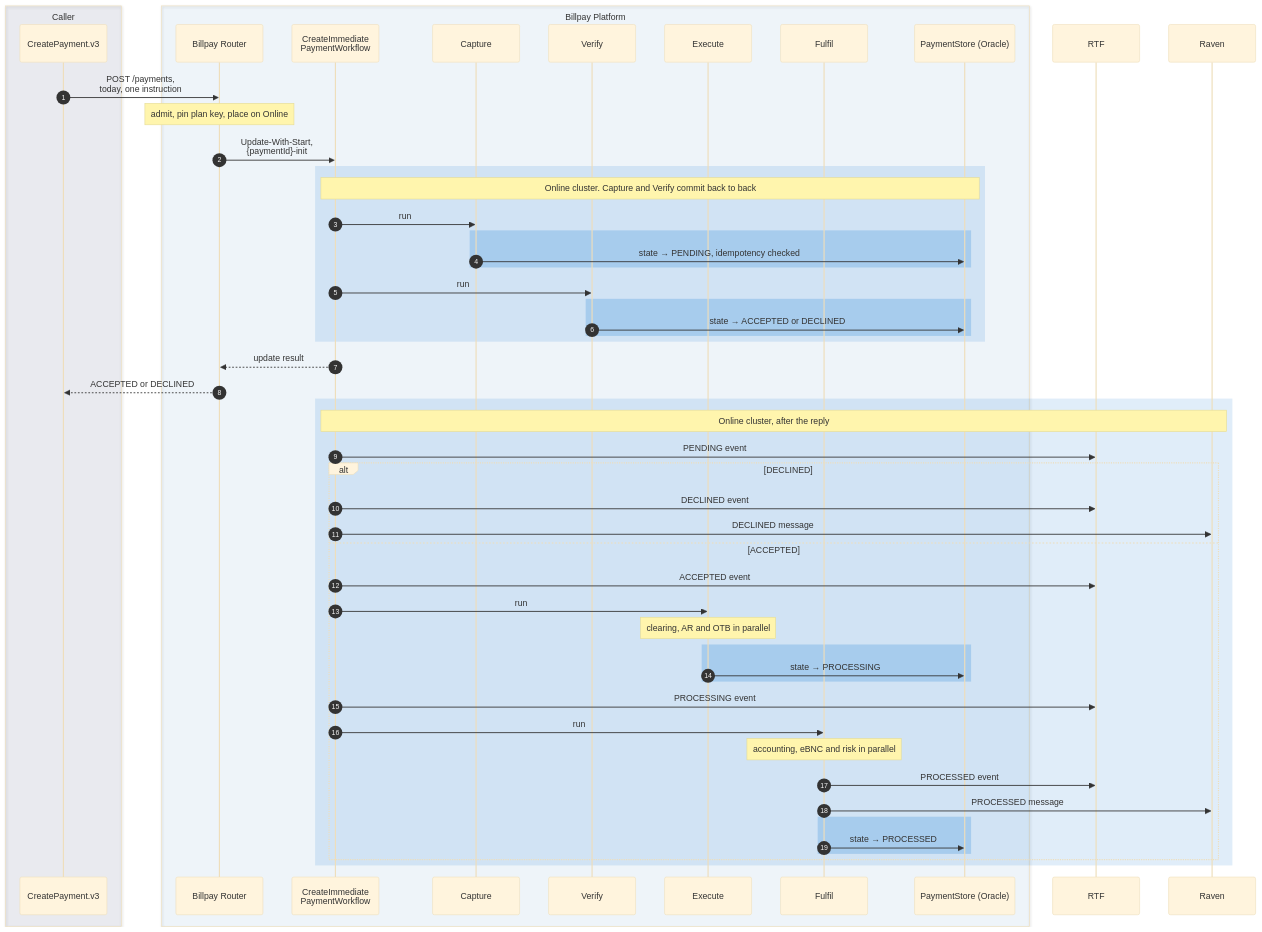
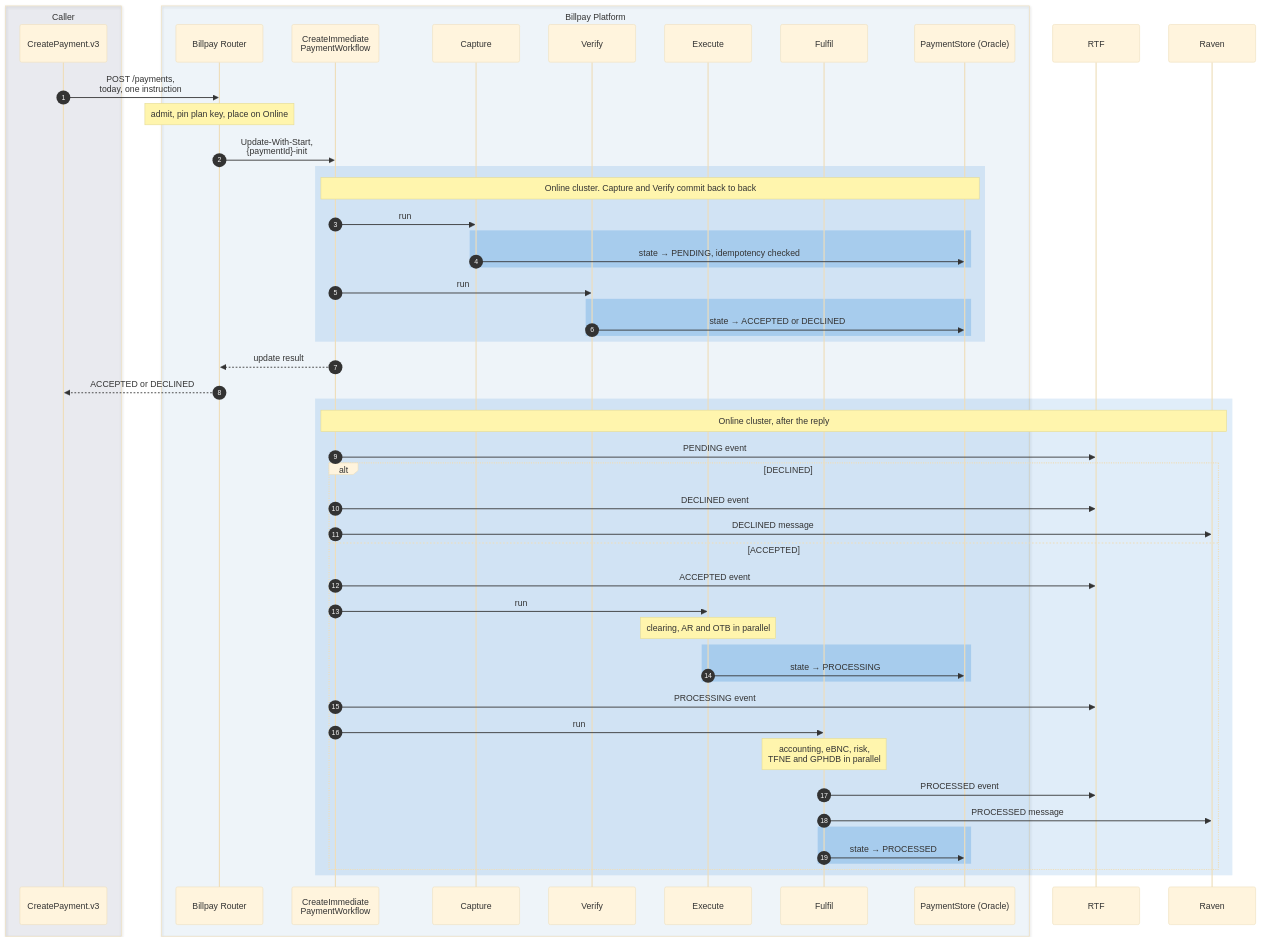
Before and after one commit to arunav-bhattacharya/billpay-book: the first of 15 diagrams in website/docs/design/sequence-diagrams.md, drawn with Mermaid (base theme). The commit also changed other lines of this file and 19 other files, not shown here.

First line of the commit message:
TFNE and GPHDB in Fulfil, consumer split legs, and the exception list

````diff
--- a/website/docs/design/sequence-diagrams.md
+++ b/website/docs/design/sequence-diagrams.md
@@ -30,69 +30,69 @@
 ```mermaid
 ---
 config:
   fontFamily: "BentonSansUI, Helvetica, Arial, sans-serif"
   fontSize: 15
 ---
 sequenceDiagram
   autonumber
 
   box rgba(0,23,90,0.07) Caller
     participant OD as CreatePayment.v3
   end
 
   box rgba(0,111,207,0.05) Billpay Platform
     participant R as Billpay Router
     participant WF as CreateImmediate<br/>PaymentWorkflow
     participant CAP as Capture
     participant VER as Verify
     participant EXE as Execute
     participant FUL as Fulfil
     participant PS as PaymentStore (Oracle)
   end
 
   participant RTF
   participant RAV as Raven
 
   OD->>R: POST /payments,<br/>today, one instruction
   Note over R: admit, pin plan key, place on Online
   R->>WF: Update-With-Start,<br/>{paymentId}-init
 
   rect rgba(0,111,207,0.12)
     Note over WF,PS: Online cluster. Capture and Verify commit back to back
     WF->>CAP: run
     rect rgba(102,169,226,0.40)
       CAP->>PS: state → PENDING, idempotency checked
     end
     WF->>VER: run
     rect rgba(102,169,226,0.40)
       VER->>PS: state → ACCEPTED or DECLINED
     end
   end
 
   WF-->>R: update result
   R-->>OD: ACCEPTED or DECLINED
 
   rect rgba(0,111,207,0.12)
     Note over WF,RAV: Online cluster, after the reply
     WF->>RTF: PENDING event
     alt DECLINED
       WF->>RTF: DECLINED event
       WF->>RAV: DECLINED message
     else ACCEPTED
       WF->>RTF: ACCEPTED event
       WF->>EXE: run
       Note over EXE: clearing, AR and OTB in parallel
       rect rgba(102,169,226,0.40)
         EXE->>PS: state → PROCESSING
       end
       WF->>RTF: PROCESSING event
       WF->>FUL: run
-      Note over FUL: accounting, eBNC and risk in parallel
+      Note over FUL: accounting, eBNC, risk,<br/>TFNE and GPHDB in parallel
       FUL->>RTF: PROCESSED event
       FUL->>RAV: PROCESSED message
       rect rgba(102,169,226,0.40)
         FUL->>PS: state → PROCESSED
       end
     end
   end
 ```
````
